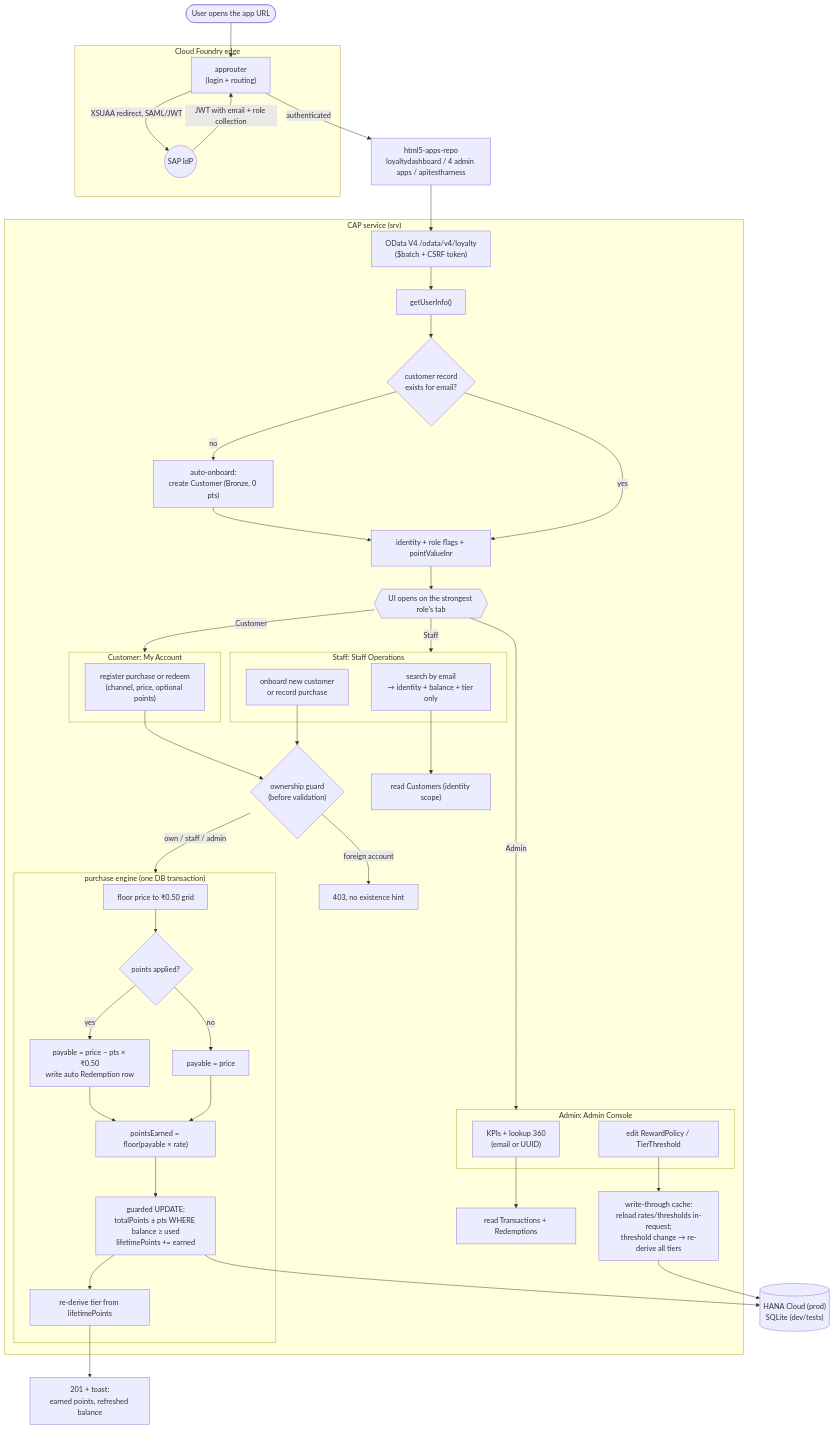
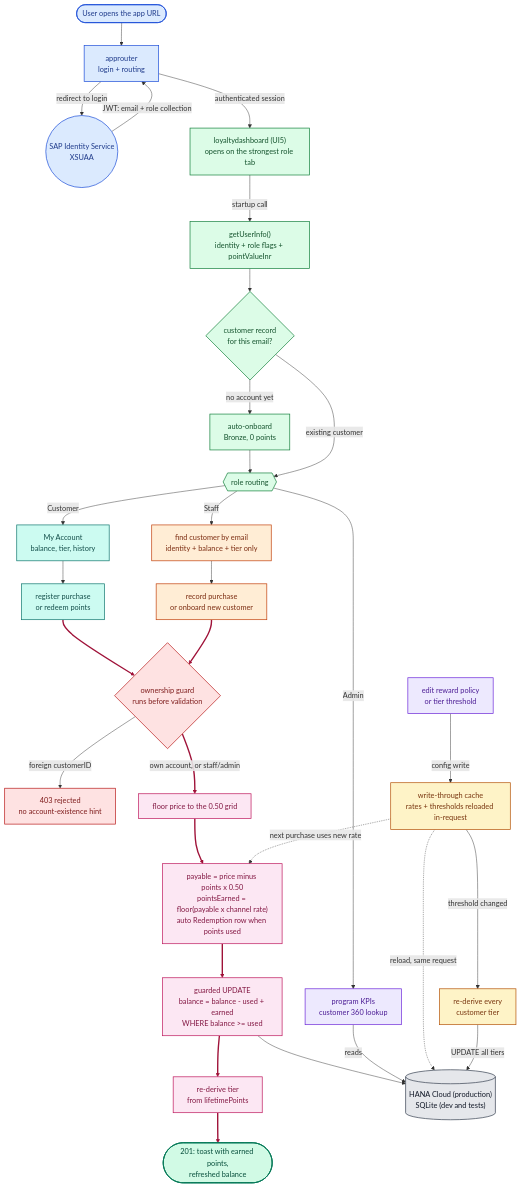
Before and after one commit to AjayVasan/Customer-Loyalty-Reward: the diagram in docs/flow-diagram.md, drawn with Mermaid. The commit also changed other lines of this file and 3 other files, not shown here.

Commit message:
docs: color-coded flow diagram v2 (lanes, thick money path, no icons) + rendered PNG exports of both diagrams

````diff
--- a/docs/flow-diagram.md
+++ b/docs/flow-diagram.md
@@ -5,64 +13,76 @@
 ```mermaid
 flowchart TD
-    U([User opens the app URL]) --> AR
+    %%{init: {"flowchart": {"curve": "basis"}} }%%
 
-    subgraph EDGE["Cloud Foundry edge"]
-        AR["approuter<br/>(login + routing)"]
-        AR -->|"XSUAA redirect, SAML/JWT"| IDP(("SAP IdP"))
-        IDP -->|"JWT with email + role collection"| AR
-    end
+    U([User opens the app URL]):::auth
+    AR["approuter<br/>login + routing"]:::auth
+    IDP(("SAP Identity Service<br/>XSUAA")):::auth
 
-    AR -->|"authenticated"| UI["html5-apps-repo<br/>loyaltydashboard / 4 admin apps / apitestharness"]
-    UI --> ODATA["OData V4 /odata/v4/loyalty<br/>($batch + CSRF token)"]
+    APP["loyaltydashboard (UI5)<br/>opens on the strongest role tab"]:::ui
+    GUI["getUserInfo()<br/>identity + role flags + pointValueInr"]:::ui
+    NEW{"customer record<br/>for this email?"}:::ui
+    ONB["auto-onboard<br/>Bronze, 0 points"]:::ui
 
-    subgraph CAP["CAP service (srv)"]
-        ODATA --> GUI["getUserInfo()"]
-        GUI --> AUTO{"customer record<br/>exists for email?"}
-        AUTO -->|"no"| ONBOARD["auto-onboard:<br/>create Customer (Bronze, 0 pts)"]
-        ONBOARD --> RESP["identity + role flags + pointValueInr"]
-        AUTO -->|"yes"| RESP
+    C1["My Account<br/>balance, tier, history"]:::cust
+    C2["register purchase<br/>or redeem points"]:::cust
+    S1["find customer by email<br/>identity + balance + tier only"]:::staff
+    S2["record purchase<br/>or onboard new customer"]:::staff
+    A1["program KPIs<br/>customer 360 lookup"]:::admin
+    A2["edit reward policy<br/>or tier threshold"]:::admin
 
-        RESP --> TABS{{"UI opens on the strongest role's tab"}}
+    OWNS{"ownership guard<br/>runs before validation"}:::guard
+    F403["403 rejected<br/>no account-existence hint"]:::guard
 
-        TABS -->|Customer| CFLOW
-        TABS -->|Staff| SFLOW
-        TABS -->|Admin| AFLOW
+    GRID["floor price to the 0.50 grid"]:::engine
+    COMPUTE["payable = price minus points x 0.50<br/>pointsEarned = floor(payable x channel rate)<br/>auto Redemption row when points used"]:::engine
+    UPD["guarded UPDATE<br/>balance = balance - used + earned<br/>WHERE balance >= used"]:::engine
+    TIER["re-derive tier<br/>from lifetimePoints"]:::engine
+    OK([201: toast with earned points,<br/>refreshed balance]):::done
 
-        subgraph CFLOW["Customer: My Account"]
-            C1["register purchase or redeem<br/>(channel, price, optional points)"]
-        end
-        subgraph SFLOW["Staff: Staff Operations"]
-            S1["search by email<br/>→ identity + balance + tier only"]
-            S2["onboard new customer<br/>or record purchase"]
-        end
-        subgraph AFLOW["Admin: Admin Console"]
-            A1["KPIs + lookup 360<br/>(email or UUID)"]
-            A2["edit RewardPolicy / TierThreshold"]
-        end
+    CACHE["write-through cache<br/>rates + thresholds reloaded in-request"]:::config
+    RETIER["re-derive every<br/>customer tier"]:::config
+    DB[("HANA Cloud (production)<br/>SQLite (dev and tests)")]:::data
 
-        C1 --> GUARD
-        S2 --> GUARD
-        GUARD{"ownership guard<br/>(before validation)"}
-        GUARD -->|"foreign account"| R403["403, no existence hint"]
-        GUARD -->|"own / staff / admin"| ENGINE
+    U --> AR
+    AR -- "redirect to login" --> IDP
+    IDP -- "JWT: email + role collection" --> AR
+    AR -- "authenticated session" --> APP
+    APP -- "startup call" --> GUI
+    GUI --> NEW
+    NEW -- "no account yet" --> ONB
+    ONB --> TAB{{"role routing"}}:::ui
+    NEW -- "existing customer" --> TAB
+    TAB -- Customer --> C1
+    TAB -- Staff --> S1
+    TAB -- Admin --> A1
+    C1 --> C2
+    S1 --> S2
+    C2 --> OWNS
+    S2 --> OWNS
+    OWNS -- "foreign customerID" --> F403
+    OWNS -- "own account, or staff/admin" --> GRID
+    GRID --> COMPUTE
+    COMPUTE --> UPD
+    UPD --> TIER
+    TIER --> OK
+    UPD --> DB
+    A1 -- "reads" --> DB
+    A2 -- "config write" --> CACHE
+    CACHE -. "reload, same request" .-> DB
+    CACHE -- "threshold changed" --> RETIER
+    RETIER -- "UPDATE all tiers" --> DB
+    CACHE -. "next purchase uses new rate" .-> COMPUTE
 
-        subgraph ENGINE["purchase engine (one DB transaction)"]
-            E1["floor price to ₹0.50 grid"] --> E2
-            E2{"points applied?"}
-            E2 -->|"yes"| E3["payable = price − pts × ₹0.50<br/>write auto Redemption row"]
-            E2 -->|"no"| E4["payable = price"]
-            E3 --> E4X["pointsEarned = floor(payable × rate)"]
-            E4 --> E4X
-            E4X --> E5["guarded UPDATE:<br/>totalPoints ± pts WHERE balance ≥ used<br/>lifetimePoints += earned"]
-            E5 --> E6["re-derive tier from lifetimePoints"]
-        end
+    linkStyle 14,15,17,18,19,20,21 stroke:#9F1239,stroke-width:3px
 
-        S1 --> READ["read Customers (identity scope)"]
-        A1 --> READALL["read Transactions + Redemptions"]
-        A2 --> CACHE["write-through cache:<br/>reload rates/thresholds in-request;<br/>threshold change → re-derive all tiers"]
-    end
-
-    E5 --> DB[("HANA Cloud (prod)<br/>SQLite (dev/tests)")]
-    E6 --> OK["201 + toast:<br/>earned points, refreshed balance"]
-    CACHE --> DB
+    classDef auth fill:#DBEAFE,stroke:#1D4ED8,stroke-width:1.5px,color:#1E3A8A
+    classDef ui fill:#DCFCE7,stroke:#15803D,stroke-width:1.5px,color:#14532D
+    classDef cust fill:#CCFBF1,stroke:#0F766E,stroke-width:1.5px,color:#134E4A
+    classDef staff fill:#FFEDD5,stroke:#C2410C,stroke-width:1.5px,color:#7C2D12
+    classDef admin fill:#EDE9FE,stroke:#6D28D9,stroke-width:1.5px,color:#4C1D95
+    classDef guard fill:#FEE2E2,stroke:#B91C1C,stroke-width:1.5px,color:#7F1D1D
+    classDef engine fill:#FCE7F3,stroke:#BE185D,stroke-width:1.5px,color:#831843
+    classDef config fill:#FEF3C7,stroke:#B45309,stroke-width:1.5px,color:#78350F
+    classDef data fill:#E5E7EB,stroke:#374151,stroke-width:1.5px,color:#111827
+    classDef done fill:#D1FAE5,stroke:#047857,stroke-width:2px,color:#064E3B
 ```
````
